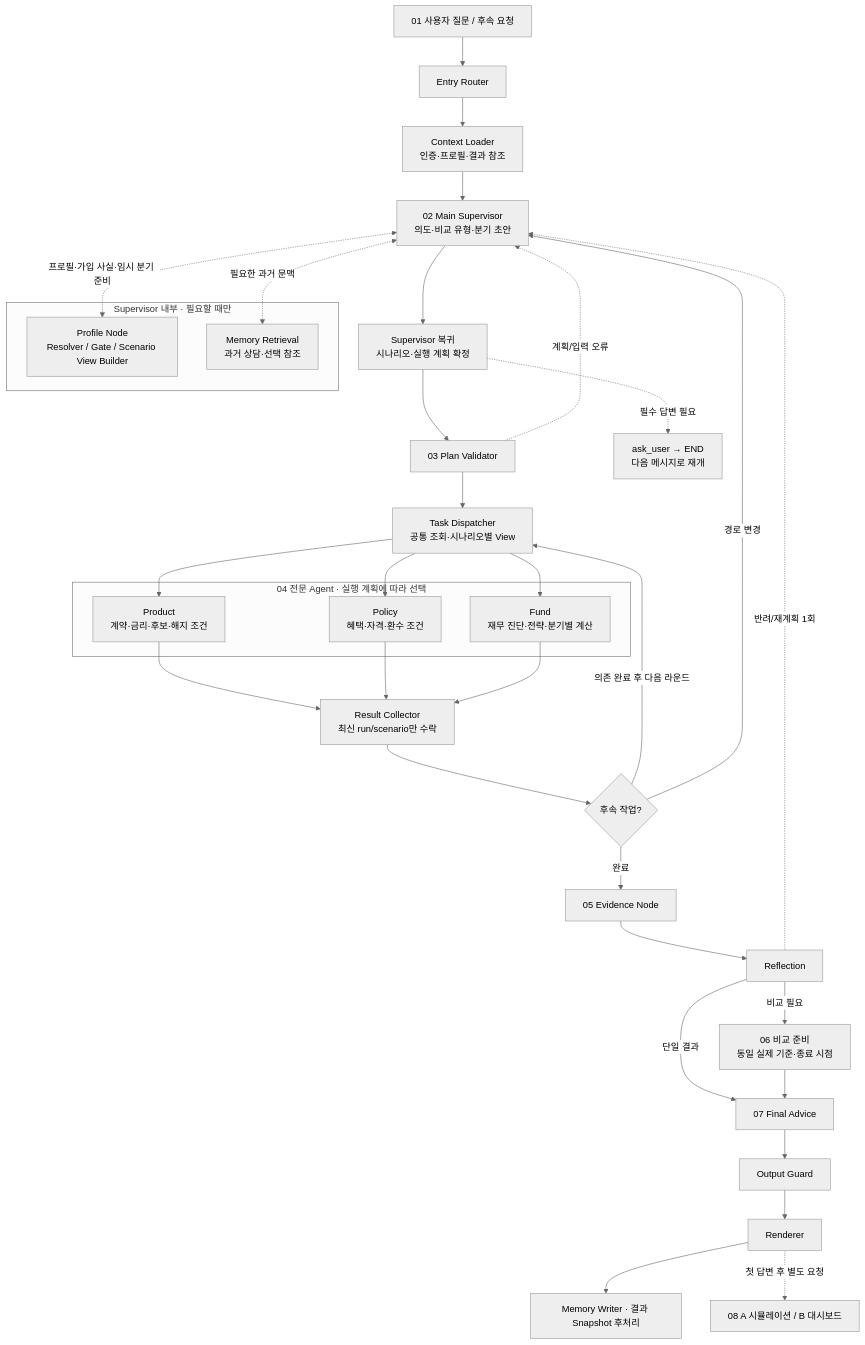
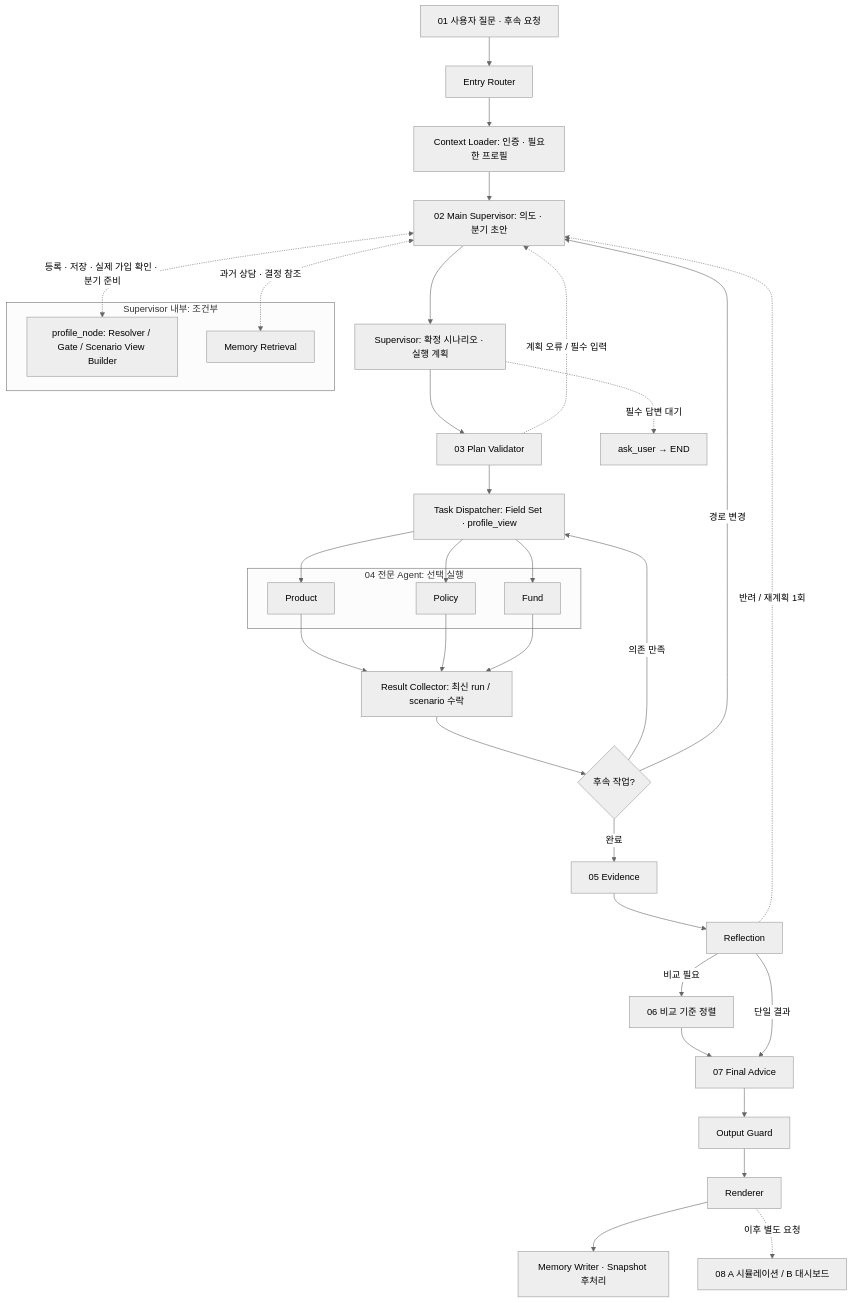
Before and after one commit to encore-ai-campus/mle-01-final-team1: the diagram in docs/멀티에이전트_설계안.md, drawn with Mermaid (neutral theme). The commit also changed other lines of this file and 2 other files, not shown here.

````diff
--- a/docs/멀티에이전트_설계안.md
+++ b/docs/멀티에이전트_설계안.md
@@ -51,39 +28,36 @@
 ```mermaid
 flowchart TB
-    USER["01 사용자 질문 / 후속 요청"] --> ENTRY["Entry Router"] --> LOADER["Context Loader<br/>인증·프로필·결과 참조"]
-    LOADER --> SUP["02 Main Supervisor<br/>의도·비교 유형·분기 초안"]
-
-    subgraph SG["Supervisor 내부 · 필요할 때만"]
-      PN["Profile Node<br/>Resolver / Gate / Scenario View Builder"]
-      MR["Memory Retrieval<br/>과거 상담·선택 참조"]
+    USER["01 사용자 질문 · 후속 요청"] --> ENTRY["Entry Router"] --> LOADER["Context Loader: 인증 · 필요한 프로필"]
+    LOADER --> SUP["02 Main Supervisor: 의도 · 분기 초안"]
+    subgraph SG["Supervisor 내부: 조건부"]
+      PN["profile_node: Resolver / Gate / Scenario View Builder"]
+      MR["Memory Retrieval"]
     end
-    SUP <-.->|"프로필·가입 사실·임시 분기 준비"| PN
-    SUP <-.->|"필요한 과거 문맥"| MR
-    SUP --> CONFIRM["Supervisor 복귀<br/>시나리오·실행 계획 확정"]
-    CONFIRM --> VAL["03 Plan Validator"] --> DISPATCH["Task Dispatcher<br/>공통 조회·시나리오별 View"]
-    CONFIRM -.->|"필수 답변 필요"| ASK["ask_user → END<br/>다음 메시지로 재개"]
-    VAL -.->|"계획/입력 오류"| SUP
-
-    subgraph EXP["04 전문 Agent · 실행 계획에 따라 선택"]
-      PROD["Product<br/>계약·금리·후보·해지 조건"]
-      POL["Policy<br/>혜택·자격·환수 조건"]
-      FUND["Fund<br/>재무 진단·전략·분기별 계산"]
+    SUP <-.->|"등록 · 저장 · 실제 가입 확인 · 분기 준비"| PN
+    SUP <-.->|"과거 상담 · 결정 참조"| MR
+    SUP --> PLAN["Supervisor: 확정 시나리오 · 실행 계획"]
+    PLAN --> VAL["03 Plan Validator"] --> DISP["Task Dispatcher: Field Set · profile_view"]
+    PLAN -.->|"필수 답변 대기"| ASK["ask_user → END"]
+    VAL -.->|"계획 오류 / 필수 입력"| SUP
+    subgraph AG["04 전문 Agent: 선택 실행"]
+      PROD["Product"]
+      POL["Policy"]
+      FUND["Fund"]
     end
-    DISPATCH --> PROD
-    DISPATCH --> POL
-    DISPATCH --> FUND
-    PROD --> COL["Result Collector<br/>최신 run/scenario만 수락"]
+    DISP --> PROD
+    DISP --> POL
+    DISP --> FUND
+    PROD --> COL["Result Collector: 최신 run / scenario 수락"]
     POL --> COL
     FUND --> COL
     COL --> ROUTE{"후속 작업?"}
-    ROUTE -->|"의존 완료 후 다음 라운드"| DISPATCH
+    ROUTE -->|"의존 만족"| DISP
     ROUTE -->|"경로 변경"| SUP
-    ROUTE -->|"완료"| EVID["05 Evidence Node"] --> REF["Reflection"]
-    REF -.->|"반려/재계획 1회"| SUP
-    REF -->|"비교 필요"| CMP["06 비교 준비<br/>동일 실제 기준·종료 시점"]
-    REF -->|"단일 결과"| FINAL["07 Final Advice"]
-    CMP --> FINAL
+    ROUTE -->|"완료"| EVID["05 Evidence"] --> REFL["Reflection"]
+    REFL -.->|"반려 / 재계획 1회"| SUP
+    REFL -->|"비교 필요"| CMP["06 비교 기준 정렬"] --> FINAL["07 Final Advice"]
+    REFL -->|"단일 결과"| FINAL
     FINAL --> GUARD["Output Guard"] --> RENDER["Renderer"]
-    RENDER --> SAVE["Memory Writer · 결과 Snapshot 후처리"]
-    RENDER -.->|"첫 답변 후 별도 요청"| POST["08 A 시뮬레이션 / B 대시보드"]
+    RENDER --> SAVE["Memory Writer · Snapshot 후처리"]
+    RENDER -.->|"이후 별도 요청"| AB["08 A 시뮬레이션 / B 대시보드"]
 ```
````
